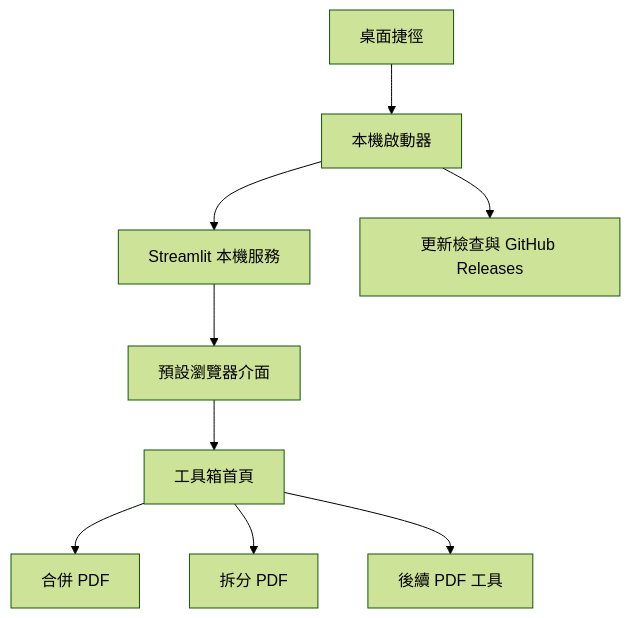
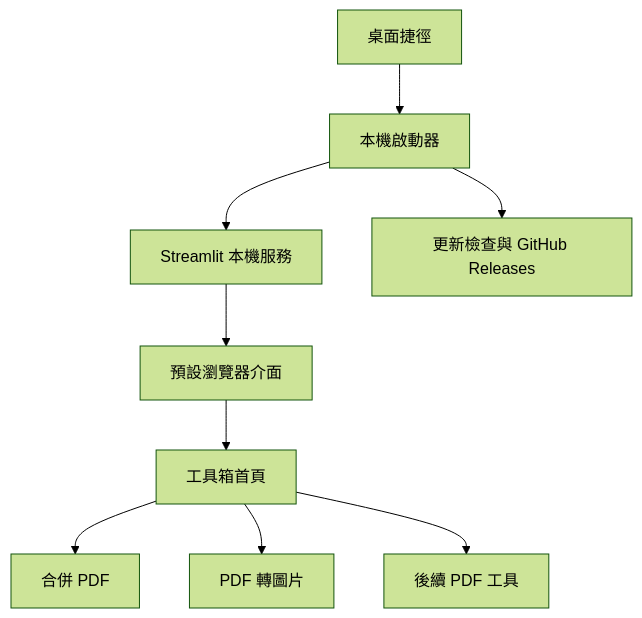
One commit to Yufe1210/local-pdf-toolbox changed the diagram in docs/implementation-plan.md. Above: the diagram before and after it, drawn with Mermaid (forest theme). The commit also changed other lines of this file and 3 other files, not shown here.

````diff
--- a/docs/implementation-plan.md
+++ b/docs/implementation-plan.md
@@ -66,11 +67,11 @@
 ```mermaid
 flowchart TD
     Shortcut["桌面捷徑"] --> Launcher["本機啟動器"]
     Launcher --> Server["Streamlit 本機服務"]
     Server --> Browser["預設瀏覽器介面"]
     Browser --> Home["工具箱首頁"]
     Home --> Merge["合併 PDF"]
-    Home --> Split["拆分 PDF"]
+    Home --> Images["PDF 轉圖片"]
     Home --> Future["後續 PDF 工具"]
     Launcher --> Update["更新檢查與 GitHub Releases"]
 ```
````
